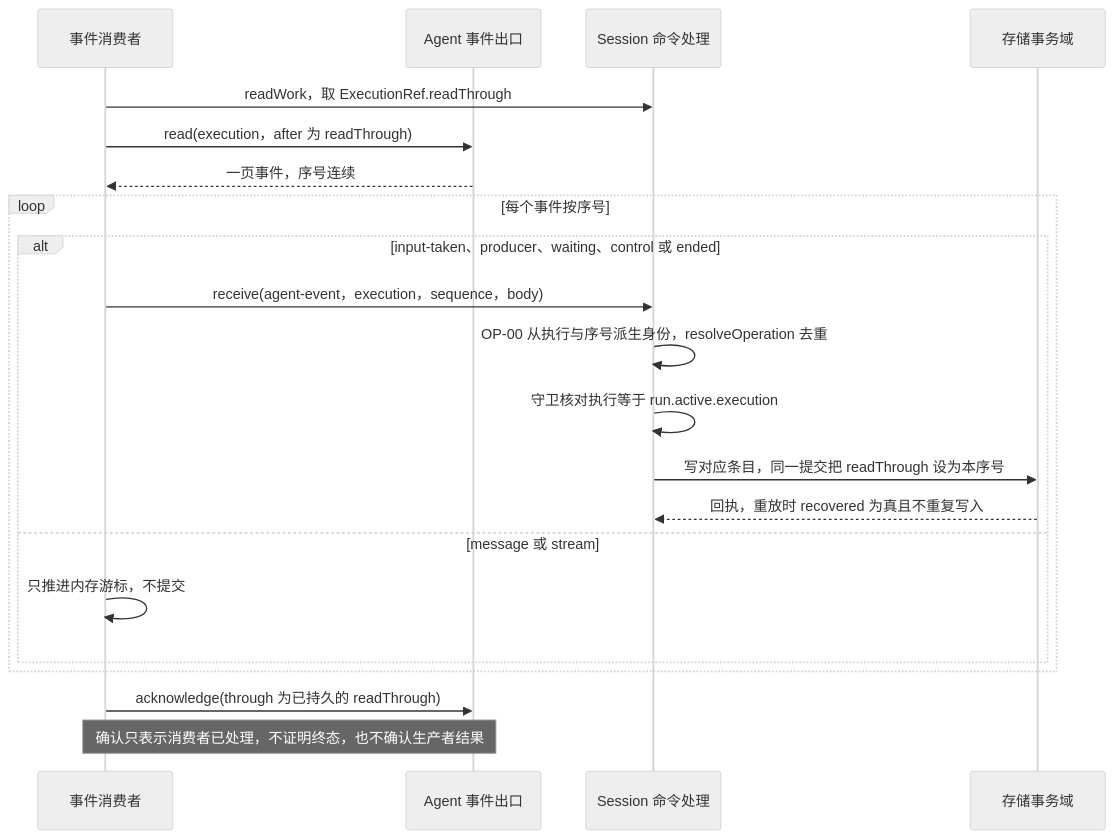
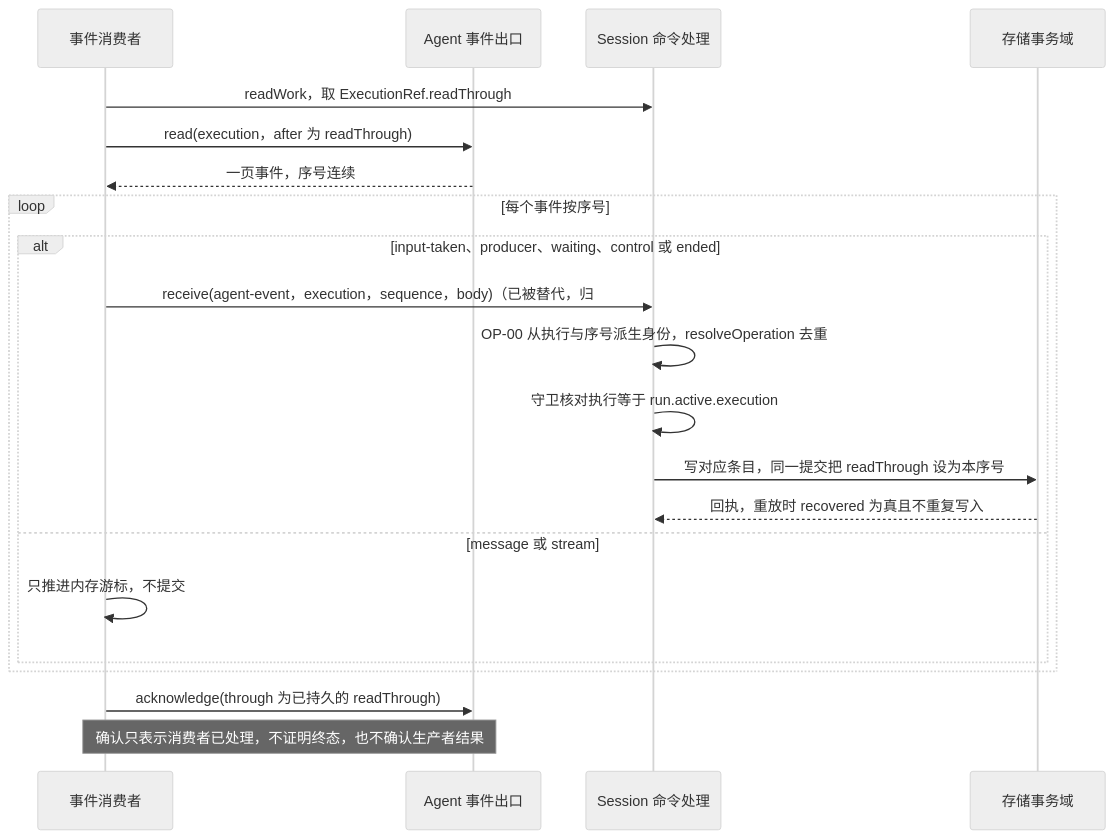
One commit to nemori-ai/omne-harness-lite changed the seventh of 17 diagrams in packages/session/session-contract/docs/flows/scenarios.md. Above: the diagram before and after it, drawn with Mermaid (neutral theme). The commit also changed other lines of this file and 1 other file, not shown here.

First line of the commit message:
docs(session-contract): RS-08～RS-10、EC-01、PM 条款与场景图里的 Agent 事件读取标「已被替代」

````diff
--- a/packages/session/session-contract/docs/flows/scenarios.md
+++ b/packages/session/session-contract/docs/flows/scenarios.md
@@ -316,23 +316,23 @@
 ```mermaid
 sequenceDiagram
     participant E as 事件消费者
     participant J as Agent 事件出口
     participant S as Session 命令处理
     participant D as 存储事务域
     E->>S: readWork，取 ExecutionRef.readThrough
     E->>J: read(execution，after 为 readThrough)
     J-->>E: 一页事件，序号连续
     loop 每个事件按序号
         alt input-taken、producer、waiting、control 或 ended
-            E->>S: receive(agent-event，execution，sequence，body)
+            E->>S: receive(agent-event，execution，sequence，body)（已被替代，归 #756）
             S->>S: OP-00 从执行与序号派生身份，resolveOperation 去重
             S->>S: 守卫核对执行等于 run.active.execution
             S->>D: 写对应条目，同一提交把 readThrough 设为本序号
             D-->>S: 回执，重放时 recovered 为真且不重复写入
         else message 或 stream
             E->>E: 只推进内存游标，不提交
         end
     end
     E->>J: acknowledge(through 为已持久的 readThrough)
     Note over E,J: 确认只表示消费者已处理，不证明终态，也不确认生产者结果
 ```
````
